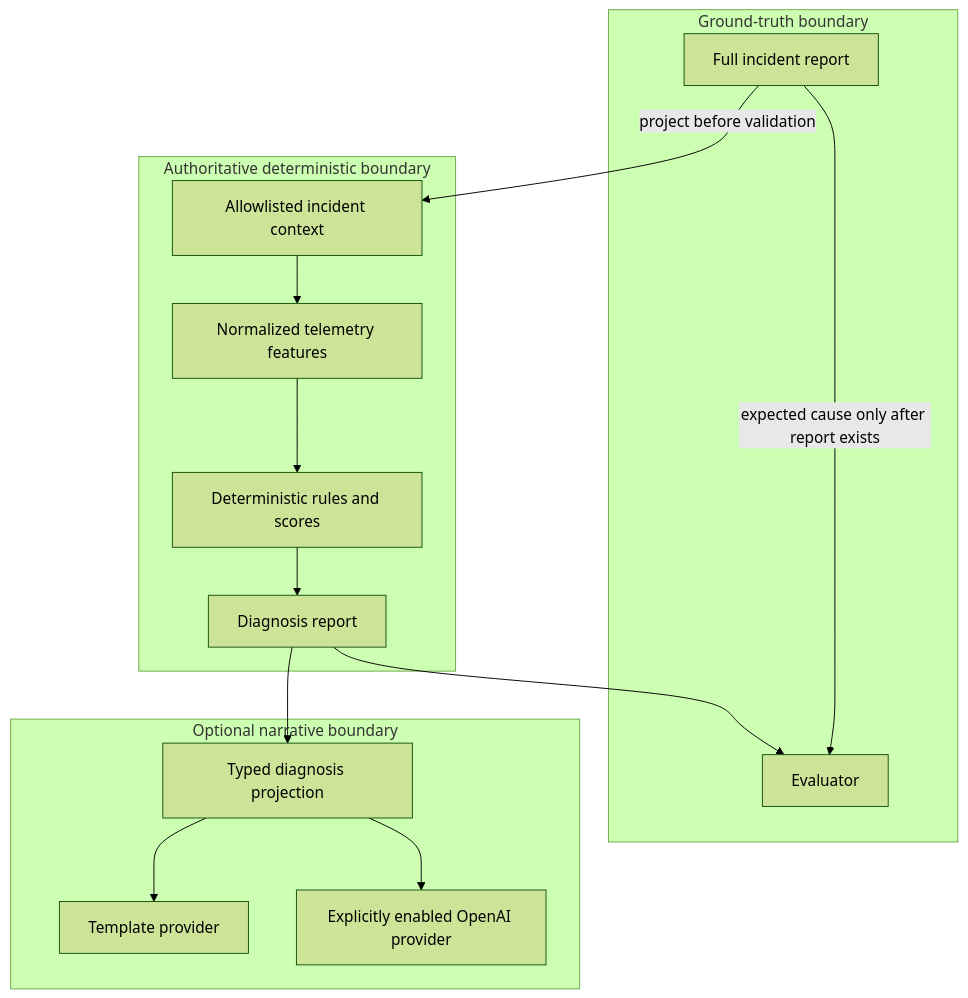
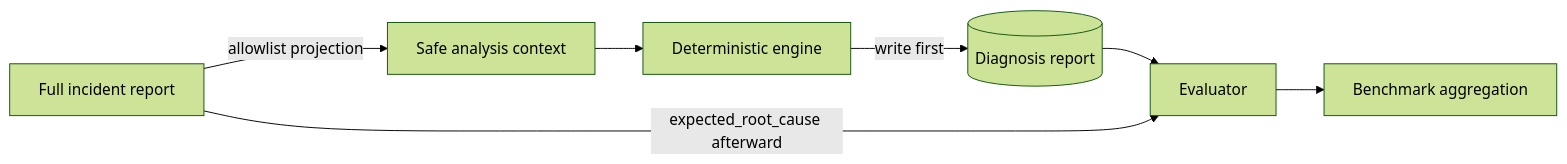
One commit to sw666zw/RootLens changed the fourth of 4 diagrams in docs/ARCHITECTURE.md. Above: the diagram before and after it, drawn with Mermaid (forest theme). The commit also changed other lines of this file and 21 other files, not shown here.

````diff
--- a/docs/ARCHITECTURE.md
+++ b/docs/ARCHITECTURE.md
@@ -111,25 +102,9 @@
 ```mermaid
-flowchart TB
-    subgraph GroundTruth["Ground-truth boundary"]
-      Incident["Full incident report"]
-      Evaluator["Evaluator"]
-    end
-    subgraph Analysis["Authoritative deterministic boundary"]
-      Safe["Allowlisted incident context"]
-      Telemetry["Normalized telemetry features"]
-      Rules["Deterministic rules and scores"]
-      Report["Diagnosis report"]
-      Safe --> Telemetry --> Rules --> Report
-    end
-    subgraph Narrative["Optional narrative boundary"]
-      Projection["Typed diagnosis projection"]
-      Template["Template provider"]
-      OpenAI["Explicitly enabled OpenAI provider"]
-    end
-    Incident -->|"project before validation"| Safe
-    Report --> Evaluator
-    Incident -->|"expected cause only after report exists"| Evaluator
-    Report --> Projection
-    Projection --> Template
-    Projection --> OpenAI
+flowchart LR
+    FullIncident["Full incident report"] -->|"allowlist projection"| SafeContext["Safe analysis context"]
+    SafeContext --> Engine["Deterministic engine"]
+    Engine -->|"write first"| Diagnosis[("Diagnosis report")]
+    Diagnosis --> Evaluator["Evaluator"]
+    FullIncident -->|"expected_root_cause afterward"| Evaluator
+    Evaluator --> Benchmark["Benchmark aggregation"]
 ```
````
